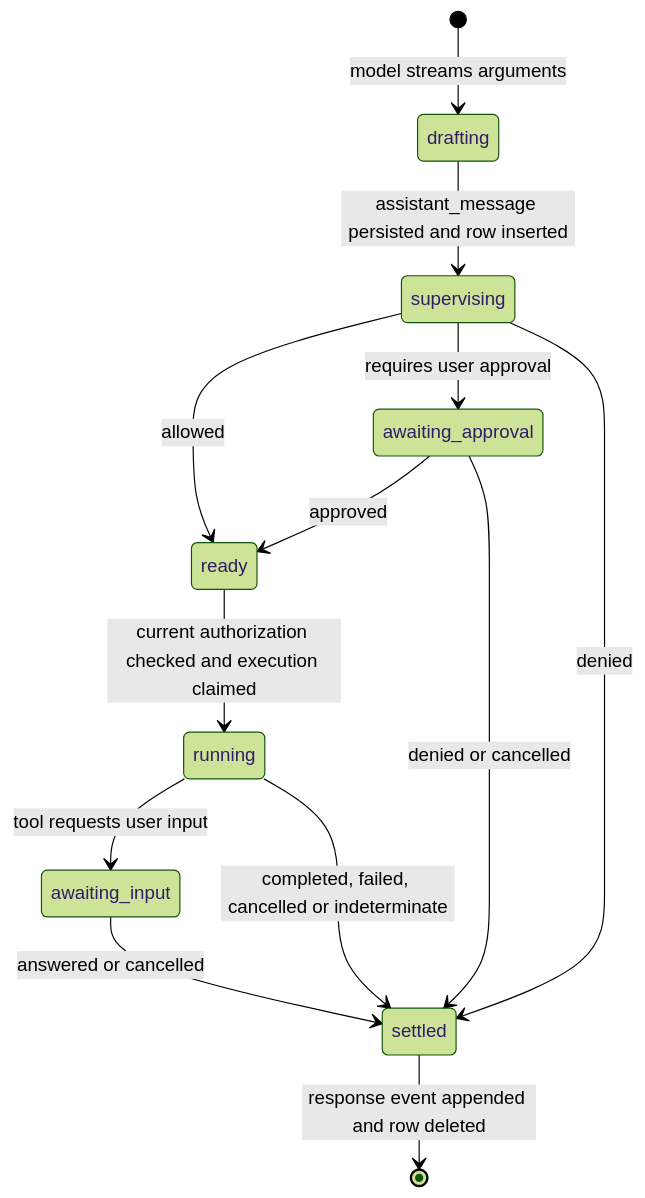
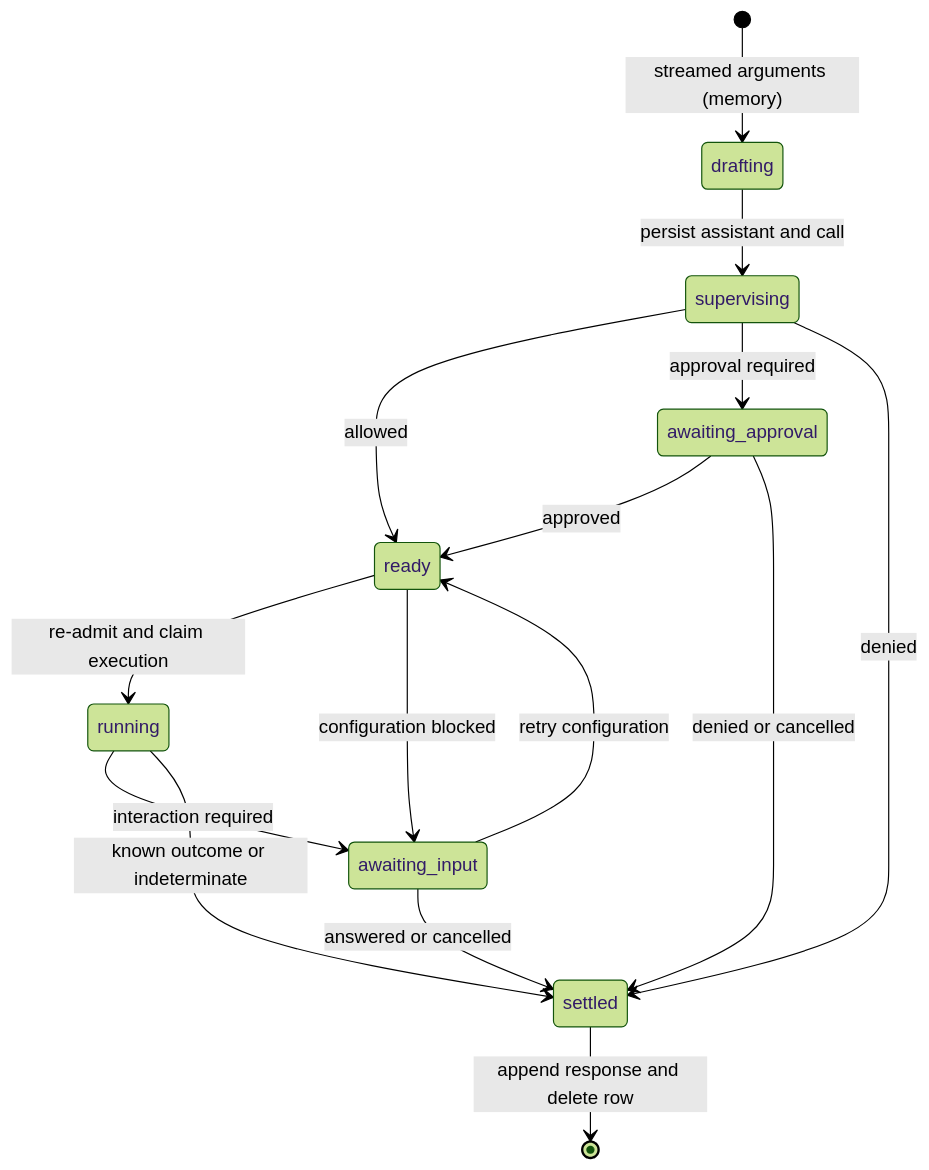
One commit to ThilinaTLM/nerve changed the diagram in docs/architecture/conversation-core/tool-call-lifecycle.md. Above: the diagram before and after it, drawn with Mermaid (forest theme). The commit also changed other lines of this file and 25 other files, not shown here.

First line of the commit message:
Restructure architecture docs and document conversation state and attention (#480)

````diff
--- a/docs/architecture/conversation-core/tool-call-lifecycle.md
+++ b/docs/architecture/conversation-core/tool-call-lifecycle.md
@@ -9,15 +9,17 @@
 ```mermaid
 stateDiagram-v2
-    [*] --> drafting: model streams arguments
-    drafting --> supervising: assistant_message persisted and row inserted
+    [*] --> drafting: streamed arguments (memory)
+    drafting --> supervising: persist assistant and call
     supervising --> ready: allowed
-    supervising --> awaiting_approval: requires user approval
+    supervising --> awaiting_approval: approval required
     supervising --> settled: denied
     awaiting_approval --> ready: approved
     awaiting_approval --> settled: denied or cancelled
-    ready --> running: current authorization checked and execution claimed
-    running --> awaiting_input: tool requests user input
+    ready --> running: re-admit and claim execution
+    ready --> awaiting_input: configuration blocked
+    awaiting_input --> ready: retry configuration
+    running --> awaiting_input: interaction required
     awaiting_input --> settled: answered or cancelled
-    running --> settled: completed, failed, cancelled or indeterminate
-    settled --> [*]: response event appended and row deleted
+    running --> settled: known outcome or indeterminate
+    settled --> [*]: append response and delete row
 ```
````
